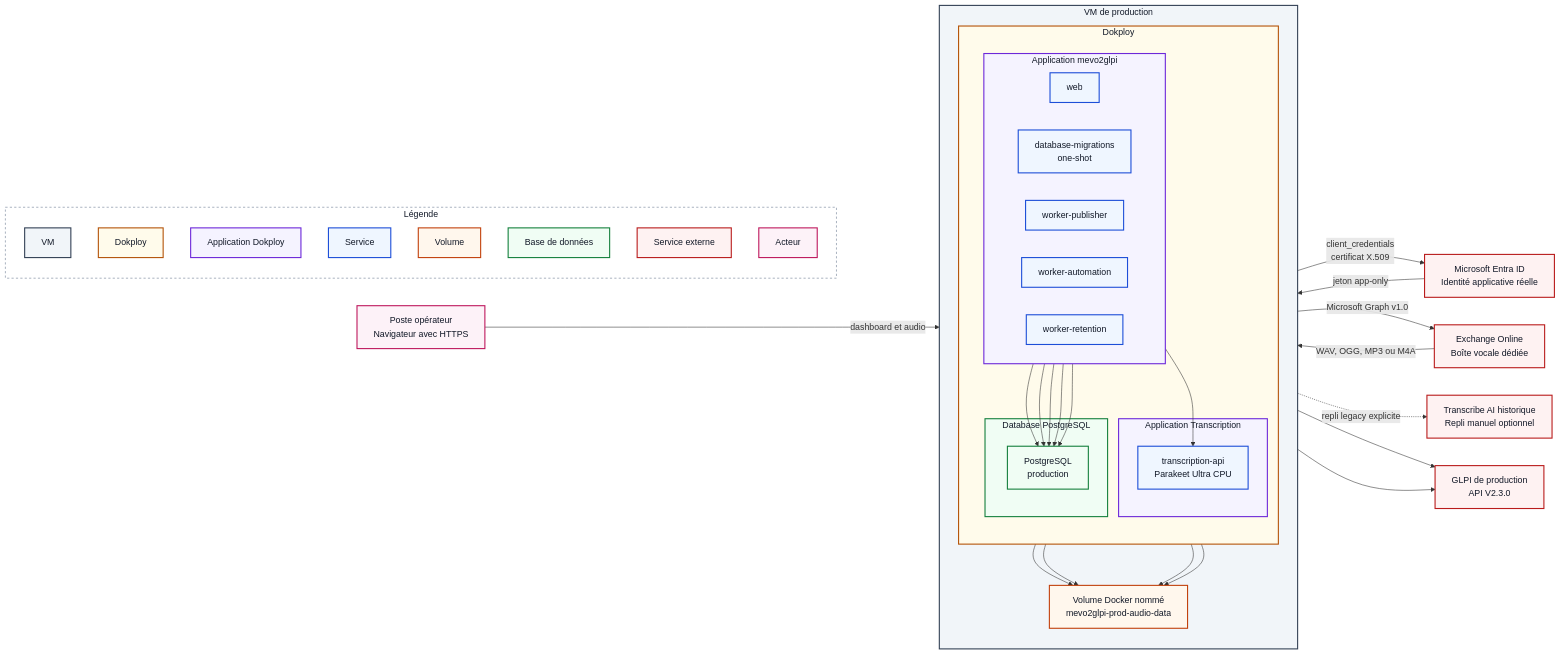
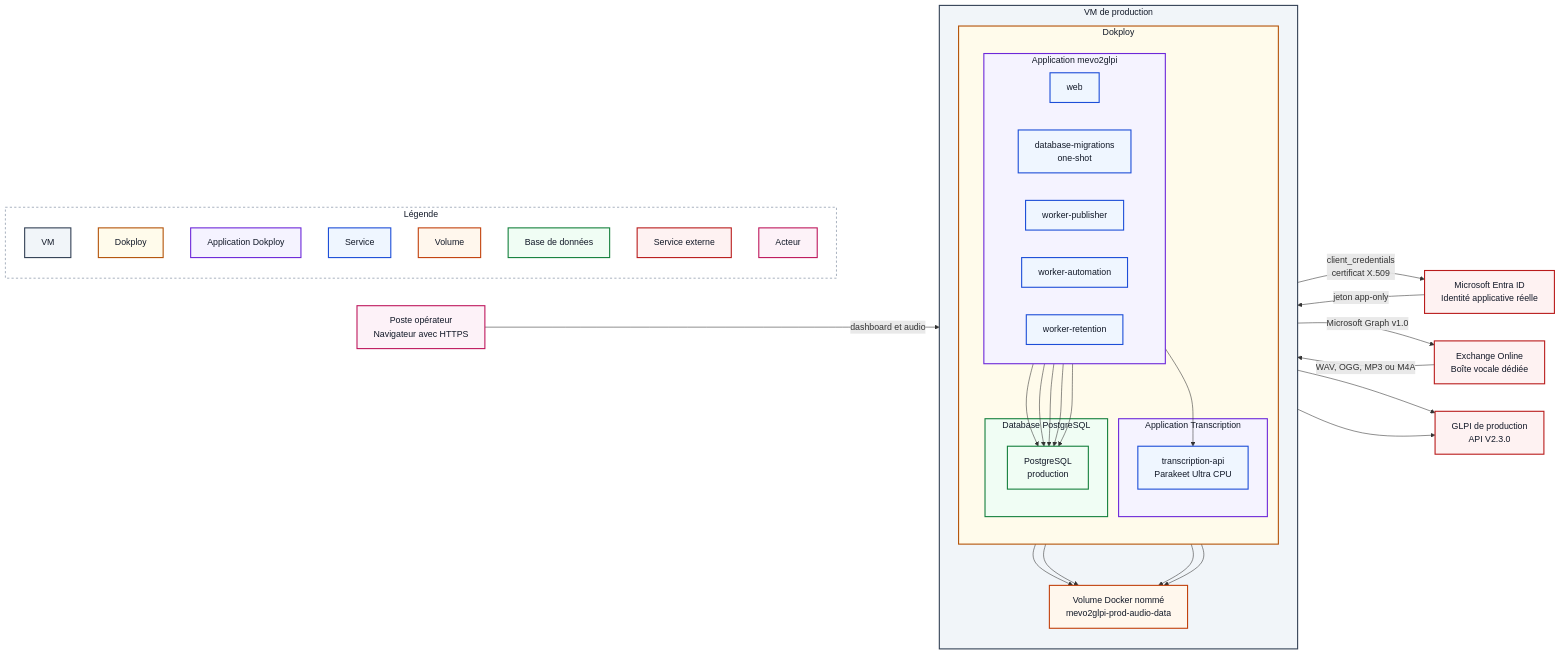
One commit to dev-vauclaire/mevo2glpi changed the diagram in docs/procedures/production.md. Above: the diagram before and after it, drawn with Mermaid. The commit also changed other lines of this file and 110 other files, not shown here.

```diff
--- a/docs/procedures/production.md
+++ b/docs/procedures/production.md
@@ -61,7 +61,6 @@
     ENTRA["Microsoft Entra ID<br/>Identité applicative réelle"]
     EXCHANGE["Exchange Online<br/>Boîte vocale dédiée"]
     GLPI["GLPI de production<br/>API V2.3.0"]
-    LEGACY["Transcribe AI historique<br/>Repli manuel optionnel"]
     OPERATEUR["Poste opérateur<br/>Navigateur avec HTTPS"]
 
     subgraph LEGEND["Légende"]
@@ -87,7 +86,6 @@
     AUTOMATION --> POSTGRES
     RETENTION --> POSTGRES
     AUTOMATION --> TRANSCRIBER
-    AUTOMATION -. "repli legacy explicite" .-> LEGACY
     AUTOMATION --> GLPI
     RETENTION --> GLPI
     AUTOMATION --> AUDIO
@@ -107,7 +105,7 @@
     class TRANSCRIBER,WEB,MIGRATIONS,PUBLISHER,AUTOMATION,RETENTION container
     class POSTGRES database
     class AUDIO volume
-    class ENTRA,EXCHANGE,GLPI,LEGACY external
+    class ENTRA,EXCHANGE,GLPI external
     class OPERATEUR actor
     class L_VM vm
     class L_DOKPLOY dokploy
```
